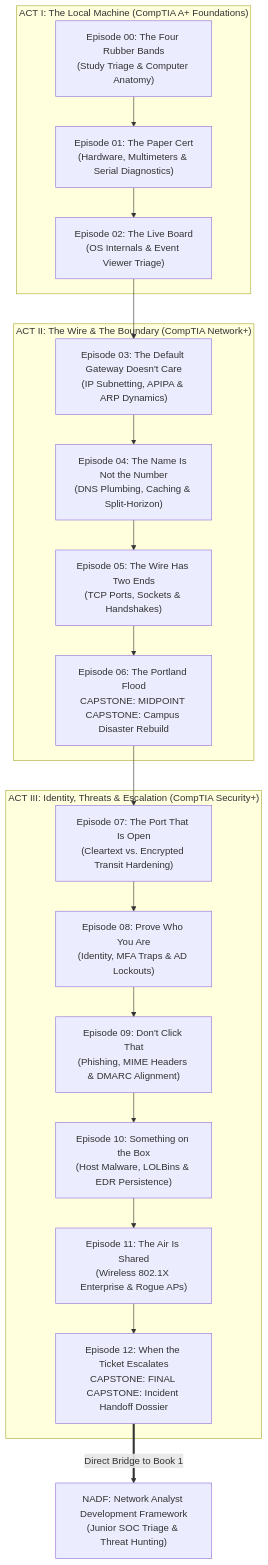
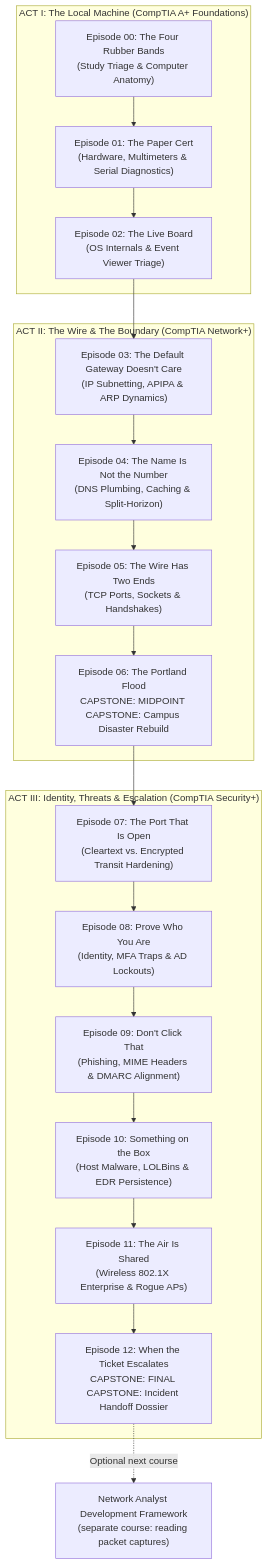
Before and after one commit to cwarloe/learning-narrative-kit: the diagram in docs/portland-desk/README.md, drawn with Mermaid. The commit also changed 18 other files, not shown here.

````diff
--- a/docs/portland-desk/README.md
+++ b/docs/portland-desk/README.md
@@ -26,29 +26,29 @@
 ```mermaid
 flowchart TD
     subgraph Act_I["ACT I: The Local Machine (CompTIA A+ Foundations)"]
         M00["Episode 00: The Four Rubber Bands<br/>(Study Triage & Computer Anatomy)"]
         M01["Episode 01: The Paper Cert<br/>(Hardware, Multimeters & Serial Diagnostics)"]
         M02["Episode 02: The Live Board<br/>(OS Internals & Event Viewer Triage)"]
         M00 --> M01 --> M02
     end
 
     subgraph Act_II["ACT II: The Wire & The Boundary (CompTIA Network+)"]
         M03["Episode 03: The Default Gateway Doesn't Care<br/>(IP Subnetting, APIPA & ARP Dynamics)"]
         M04["Episode 04: The Name Is Not the Number<br/>(DNS Plumbing, Caching & Split-Horizon)"]
         M05["Episode 05: The Wire Has Two Ends<br/>(TCP Ports, Sockets & Handshakes)"]
         M06["Episode 06: The Portland Flood<br/>CAPSTONE: MIDPOINT CAPSTONE: Campus Disaster Rebuild"]
         M02 --> M03 --> M04 --> M05 --> M06
     end
 
     subgraph Act_III["ACT III: Identity, Threats & Escalation (CompTIA Security+)"]
         M07["Episode 07: The Port That Is Open<br/>(Cleartext vs. Encrypted Transit Hardening)"]
         M08["Episode 08: Prove Who You Are<br/>(Identity, MFA Traps & AD Lockouts)"]
         M09["Episode 09: Don't Click That<br/>(Phishing, MIME Headers & DMARC Alignment)"]
         M10["Episode 10: Something on the Box<br/>(Host Malware, LOLBins & EDR Persistence)"]
         M11["Episode 11: The Air Is Shared<br/>(Wireless 802.1X Enterprise & Rogue APs)"]
         M12["Episode 12: When the Ticket Escalates<br/>CAPSTONE: FINAL CAPSTONE: Incident Handoff Dossier"]
         M06 --> M07 --> M08 --> M09 --> M10 --> M11 --> M12
     end
 
-    M12 ==>|"Direct Bridge to Book 1"| NADF["NADF: Network Analyst Development Framework<br/>(Junior SOC Triage & Threat Hunting)"]
+    M12 -.->|"Optional next course"| NADF["Network Analyst Development Framework<br/>(separate course: reading packet captures)"]
 ```
````
